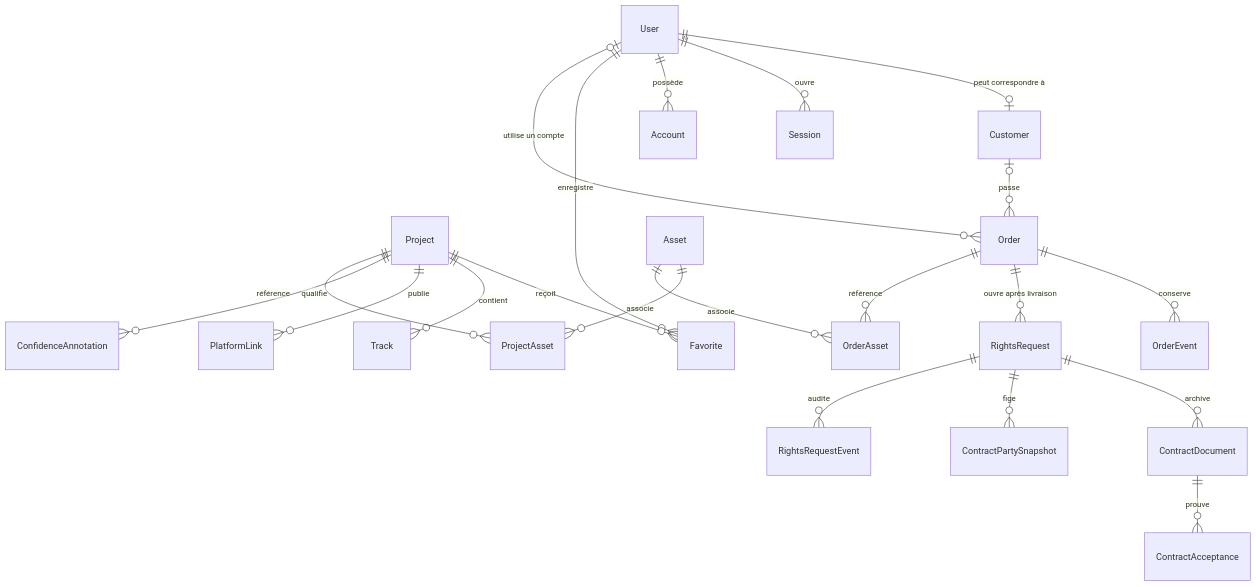
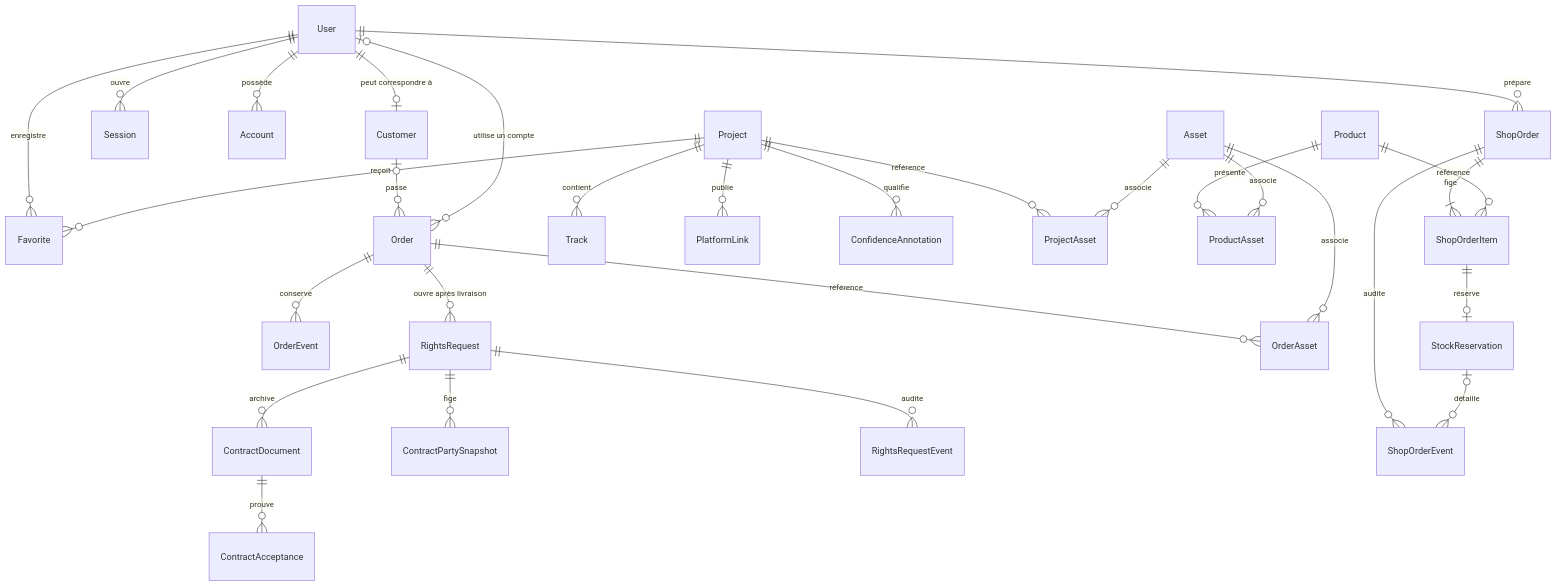
One commit to LNXBeats/lnxbeats-site changed the diagram in docs/DATA_MODEL.md. Above: the diagram before and after it, drawn with Mermaid. The commit also changed other lines of this file and 60 other files, not shown here.

Commit message:
feat: add shop order and cart foundation

````diff
--- a/docs/DATA_MODEL.md
+++ b/docs/DATA_MODEL.md
@@ -11,23 +11,31 @@
 ```mermaid
 erDiagram
   User ||--o| Customer : "peut correspondre à"
   User ||--o{ Session : ouvre
   User ||--o{ Account : possède
   User ||--o{ Favorite : enregistre
   Project ||--o{ Favorite : reçoit
   Customer o|--o{ Order : passe
   User o|--o{ Order : "utilise un compte"
   Order ||--o{ OrderEvent : conserve
   Order ||--o{ RightsRequest : "ouvre après livraison"
   RightsRequest ||--o{ ContractDocument : archive
   RightsRequest ||--o{ ContractPartySnapshot : fige
   RightsRequest ||--o{ RightsRequestEvent : audite
   ContractDocument ||--o{ ContractAcceptance : prouve
   Project ||--o{ Track : contient
   Project ||--o{ PlatformLink : publie
   Project ||--o{ ConfidenceAnnotation : qualifie
   Project ||--o{ ProjectAsset : référence
   Asset ||--o{ ProjectAsset : associe
   Order ||--o{ OrderAsset : référence
   Asset ||--o{ OrderAsset : associe
+  Product ||--o{ ProductAsset : présente
+  Asset ||--o{ ProductAsset : associe
+  User ||--o{ ShopOrder : prépare
+  ShopOrder ||--|{ ShopOrderItem : fige
+  Product ||--o{ ShopOrderItem : référence
+  ShopOrderItem ||--o| StockReservation : réserve
+  ShopOrder ||--o{ ShopOrderEvent : audite
+  StockReservation o|--o{ ShopOrderEvent : détaille
 ```
````
